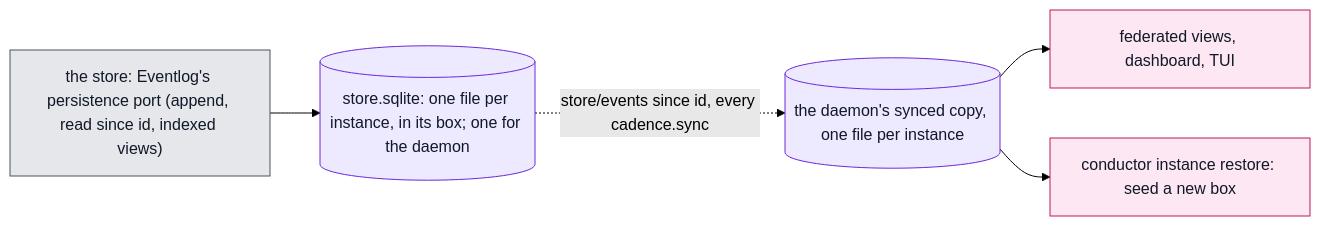
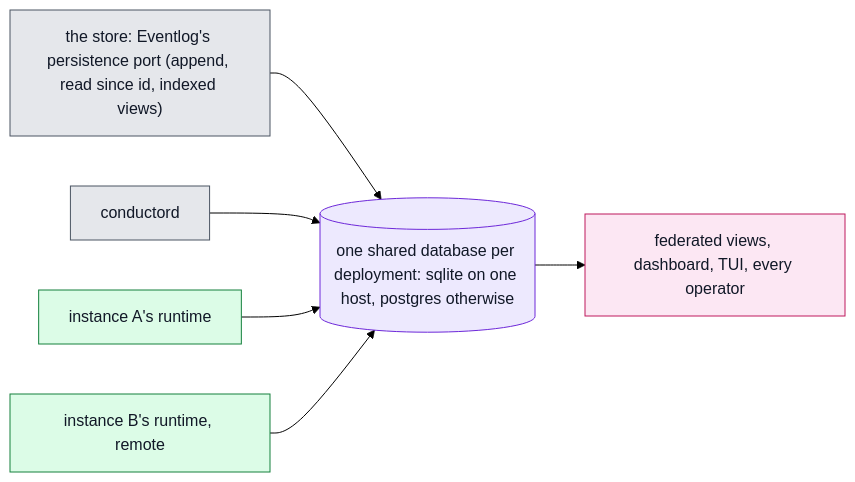
The eighth of 12 diagrams in website/docs/concepts/architecture.md (beyond10x/conductor), drawn with Mermaid (forest theme) before and after one commit. The commit also changed other lines of this file and 1 other file, not shown here.

First line of the commit message:
design: one shared database per deployment, no store per instance and no sync

````diff
--- a/website/docs/concepts/architecture.md
+++ b/website/docs/concepts/architecture.md
@@ -470,12 +471,13 @@
 ```mermaid
 flowchart LR
   classDef store fill:#ede9fe,stroke:#6d28d9,color:#111827
   classDef model fill:#dcfce7,stroke:#15803d,color:#111827
   classDef nomodel fill:#e5e7eb,stroke:#4b5563,color:#111827
   classDef cmd fill:#fce7f3,stroke:#be185d,color:#111827
   t["the store: Eventlog's persistence port (append, read since id, indexed views)"]:::nomodel
-  t --> sq[("store.sqlite: one file per instance, in its box; one for the daemon")]:::store
-  sq -.->|store/events since id, every cadence.sync| sync[("the daemon's synced copy, one file per instance")]:::store
-  sync --> ui["federated views, dashboard, TUI"]:::cmd
-  sync --> restore["conductor instance restore: seed a new box"]:::cmd
+  t --> db[("one shared database per deployment: sqlite on one host, postgres otherwise")]:::store
+  d["conductord"]:::nomodel --> db
+  ia["instance A's runtime"]:::model --> db
+  ib["instance B's runtime, remote"]:::model --> db
+  db --> ui["federated views, dashboard, TUI, every operator"]:::cmd
 ```
````
